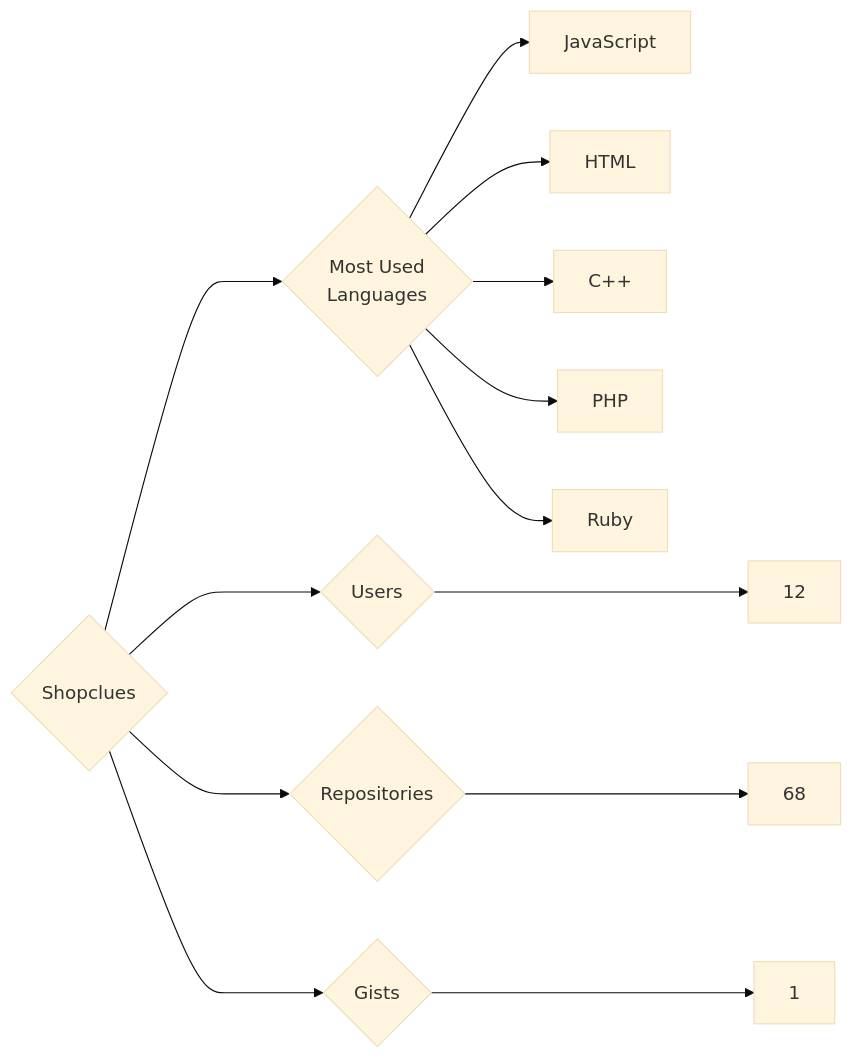
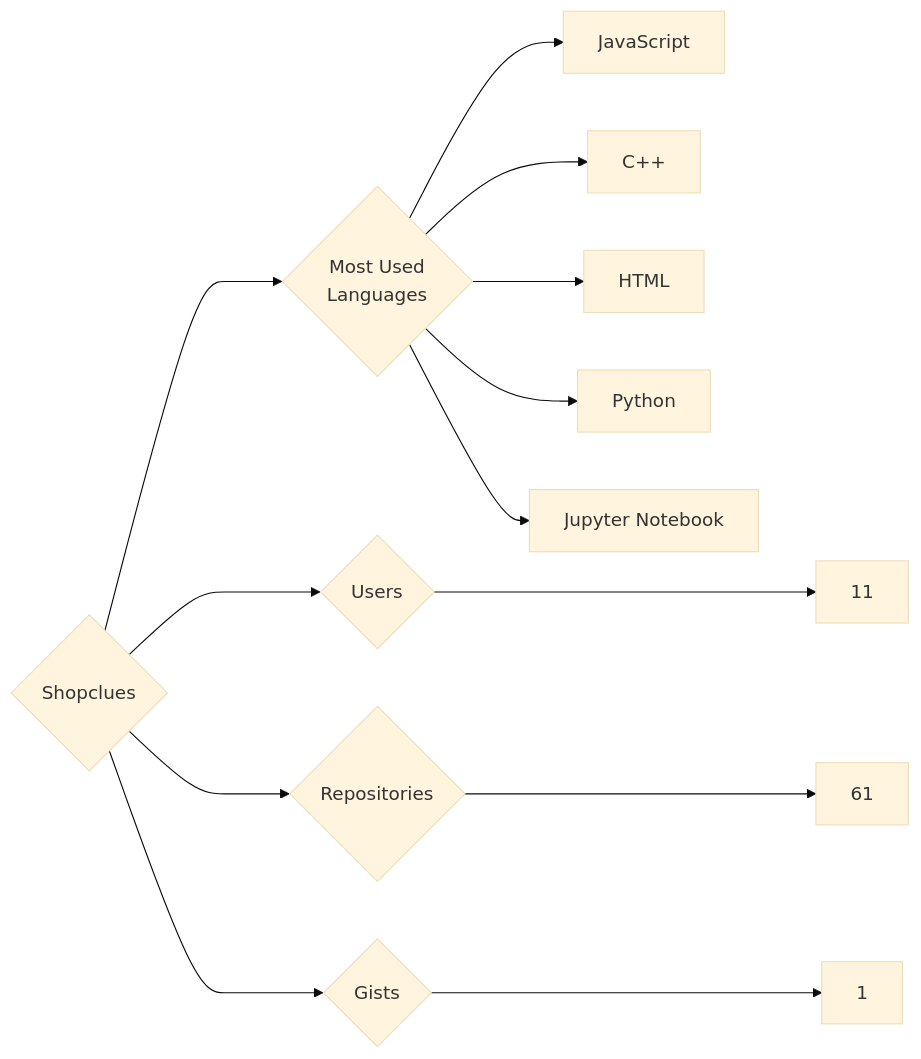
Before and after one commit to trickest/insiders: the diagram in targets/Shopclues/README.md, drawn with Mermaid (base theme). The commit also changed 877 other files, not shown here.

````diff
--- a/targets/Shopclues/README.md
+++ b/targets/Shopclues/README.md
@@ -3,13 +3,13 @@
 ```mermaid
 graph LR
 COMPANY_NAME{Shopclues}
-COMPANY_NAME ---> U{Users} ---> UN[12]
-COMPANY_NAME ---> R{Repositories} ---> RN[68]
+COMPANY_NAME ---> U{Users} ---> UN[11]
+COMPANY_NAME ---> R{Repositories} ---> RN[61]
 COMPANY_NAME ---> G{Gists} ---> GN[1]
 COMPANY_NAME ---> ML{Most Used<br>Languages}
 ML --> JavaScript[JavaScript]
+ML --> C++[C++]
 ML --> HTML[HTML]
-ML --> C++[C++]
-ML --> PHP[PHP]
-ML --> Ruby[Ruby]
+ML --> Python[Python]
+ML --> Jupyter_Notebook[Jupyter Notebook]
 ```
````
